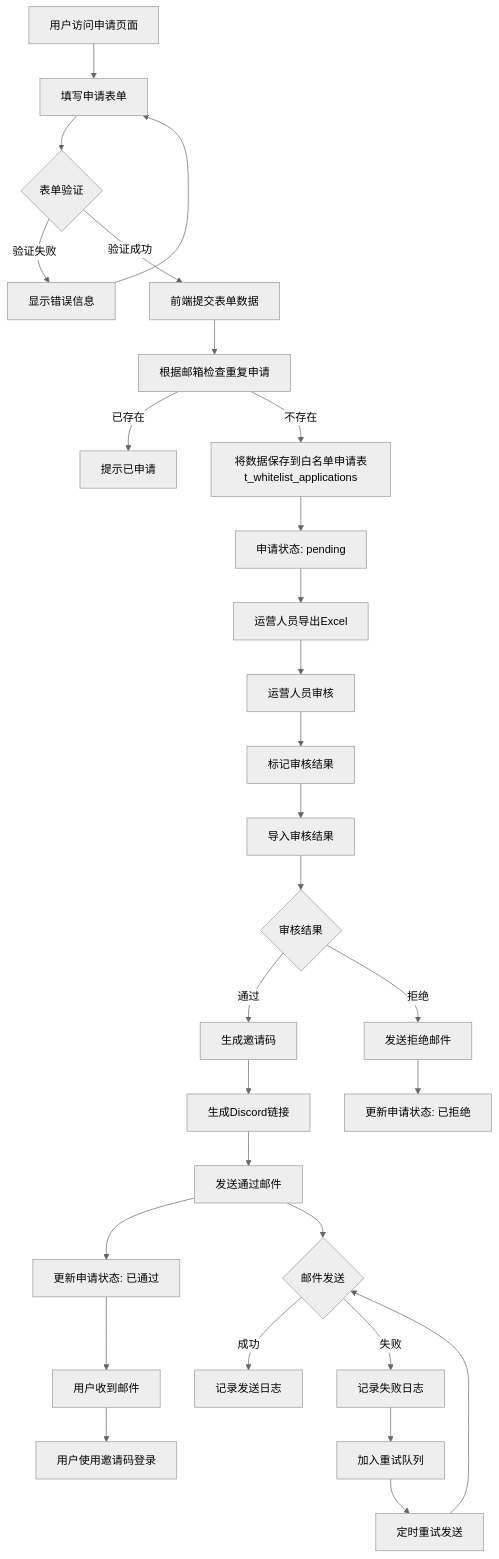
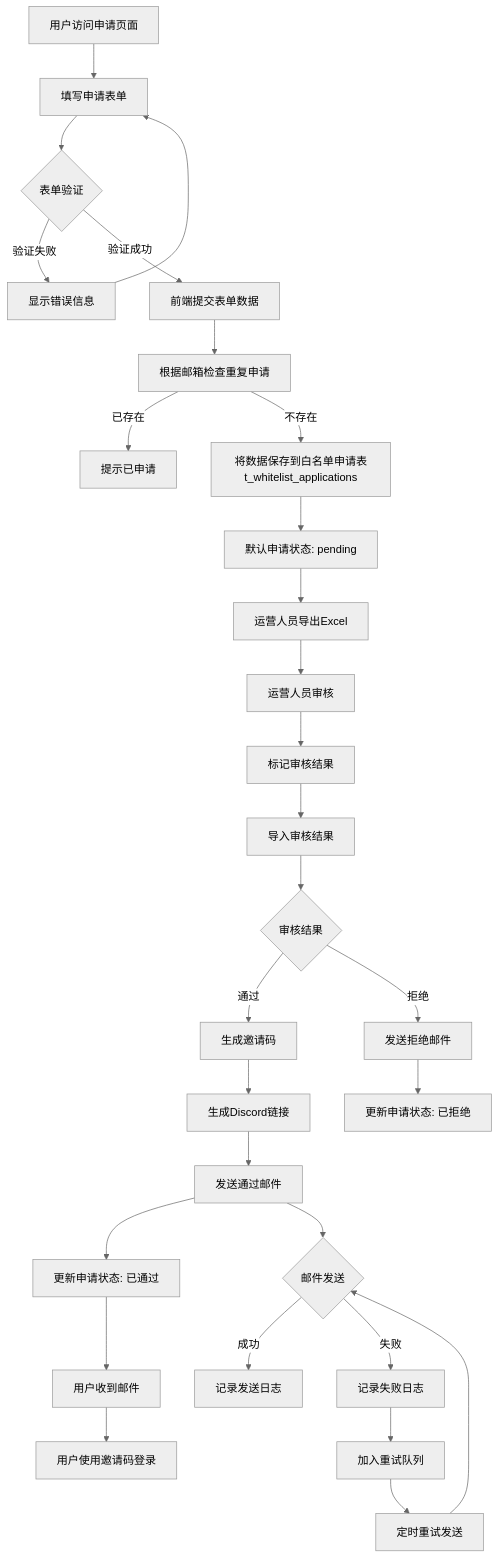
One commit to yingjianzh/iodraw-files changed the diagram in all/未命名-69.md. Above: the diagram before and after it, drawn with Mermaid (neutral theme).

Commit message:
2025-07-03 10:28:41 update

````diff
--- a/all/未命名-69.md
+++ b/all/未命名-69.md
@@ -1,36 +1,36 @@
 ```mermaid
 flowchart TD
     A[用户访问申请页面] --> B[填写申请表单]
     B --> C{表单验证}
     C -->|验证失败| D[显示错误信息]
     D --> B
     C -->|验证成功| E[前端提交表单数据]
     E -->E1[根据邮箱检查重复申请]
     E1 -->|已存在| F[提示已申请]
     E1 -->|不存在| G[将数据保存到白名单申请表t_whitelist_applications]
-    G --> H[申请状态: pending]
+    G --> H[默认申请状态: pending]
     
     H --> I[运营人员导出Excel]
     I --> J[运营人员审核]
     J --> K[标记审核结果]
     K --> L[导入审核结果]
     L --> M{审核结果}
     
     M -->|通过| N[生成邀请码]
     N --> O[生成Discord链接]
     O --> P[发送通过邮件]
     P --> Q[更新申请状态: 已通过]
     
     M -->|拒绝| R[发送拒绝邮件]
     R --> S[更新申请状态: 已拒绝]
     
     P --> T{邮件发送}
     T -->|成功| U[记录发送日志]
     T -->|失败| V[记录失败日志]
     V --> W[加入重试队列]
     W --> X[定时重试发送]
     X --> T
     
     Q --> Y[用户收到邮件]
     Y --> Z[用户使用邀请码登录]
 ```
````
